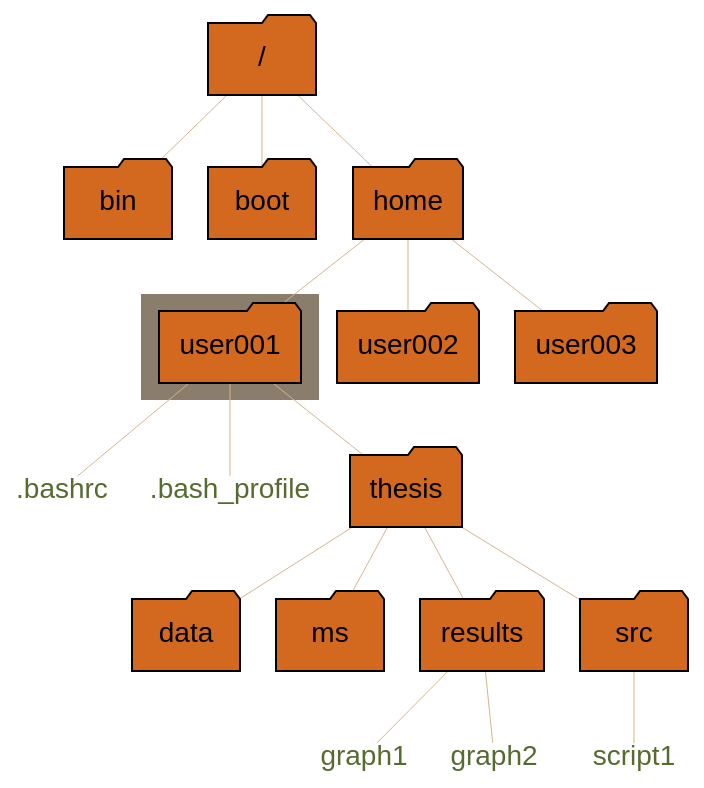
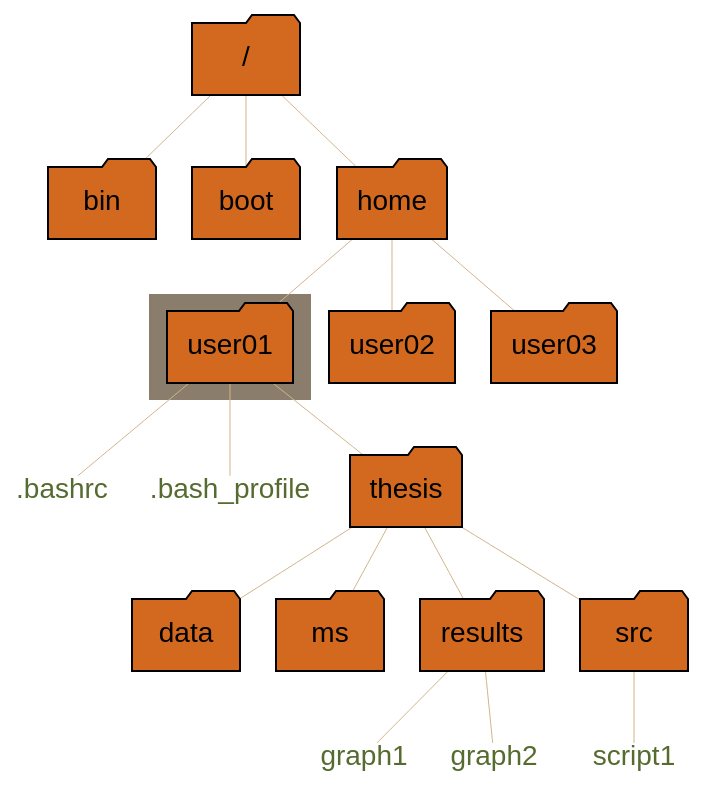
Before and after one commit to WestDRI/arc-training: the diagram in bash/intro_filesystem.qmd, drawn with Graphviz. The commit also changed other lines of this file, not shown here.

````diff
--- a/bash/intro_filesystem.qmd
+++ b/bash/intro_filesystem.qmd
@@ -131,30 +130,30 @@
 ```{dot}
 //| echo: false
 
 strict graph {
   bgcolor="transparent"
   node [style=filled, fillcolor=chocolate, shape=folder, fontname="Inconsolata, sans-serif"]
   edge [color=tan, penwidth=0.5]
   outputorder=edgesfirst
   
   ".bashrc" [style="", shape=plain, fontcolor=darkolivegreen]
   ".bash_profile" [style="", shape=plain, fontcolor=darkolivegreen]
   graph1 [style="", shape=plain, fontcolor=darkolivegreen]
   graph2 [style="", shape=plain, fontcolor=darkolivegreen]
   script1 [style="", shape=plain, fontcolor=darkolivegreen]
 
   subgraph cluster {
 	style=filled
 	fillcolor=bisque4
 	color=bisque4
-	user001
+	user01
   }
 
   "/" -- {bin boot home}
-  home -- {user001 user002 user003}
-  user001 -- {".bashrc" ".bash_profile" thesis}
+  home -- {user01 user02 user03}
+  user01 -- {".bashrc" ".bash_profile" thesis}
   thesis -- {data ms results src}
   results -- {graph1 graph2}
   src -- script1
 }
 ```
````
